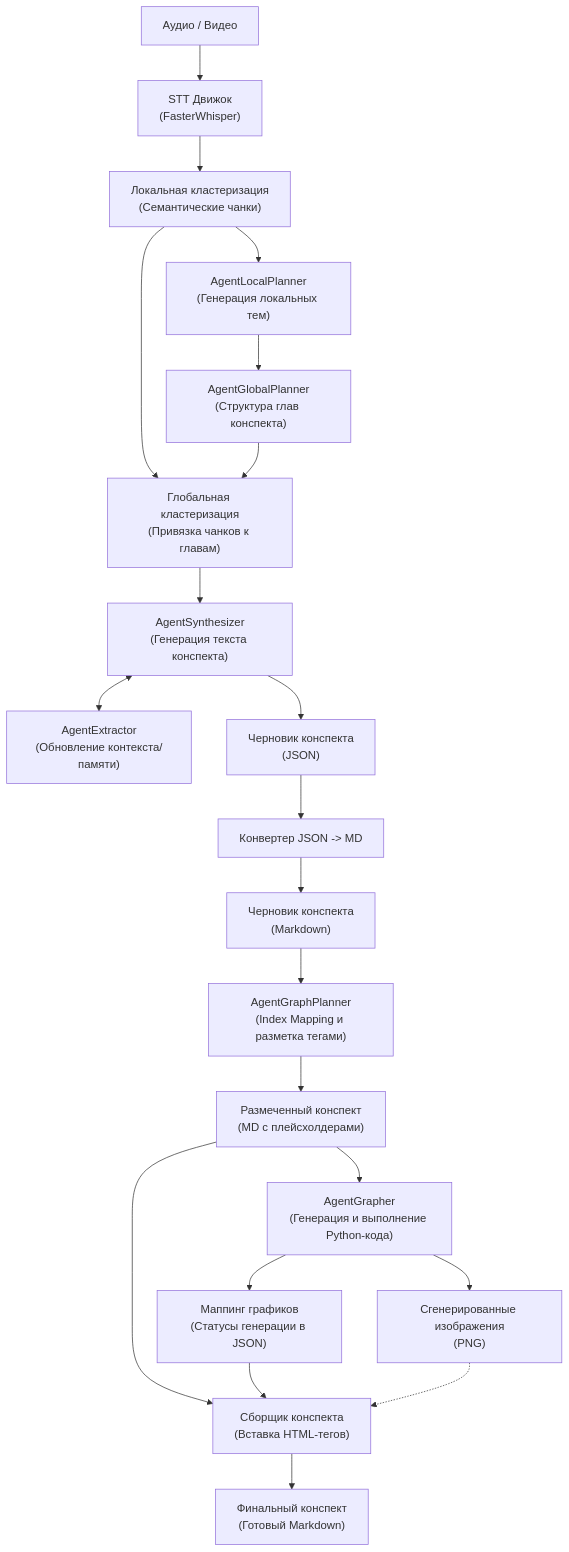
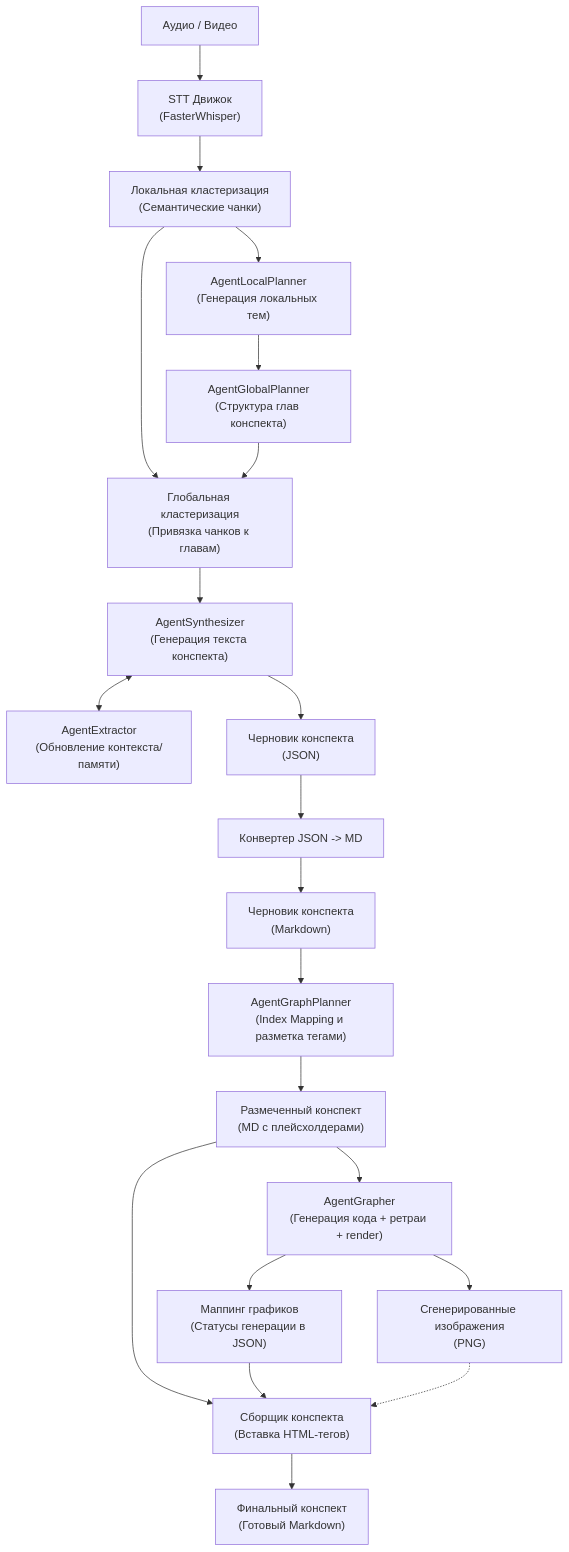
One commit to m4deme1ns4ne/LongConspectWriter changed the diagram in README.ru.md. Above: the diagram before and after it, drawn with Mermaid. The commit also changed other lines of this file and 1 other file, not shown here.

````diff
--- a/README.ru.md
+++ b/README.ru.md
@@ -21,37 +21,37 @@
 ```mermaid
 flowchart TD
     %% Входные данные
     Audio["Аудио / Видео"] --> STT["STT Движок<br/>(FasterWhisper)"]
 
     %% Кластеризация и планирование
     STT --> LCluster["Локальная кластеризация<br/>(Семантические чанки)"]
     LCluster --> LPlanner["AgentLocalPlanner<br/>(Генерация локальных тем)"]
     LPlanner --> GPlanner["AgentGlobalPlanner<br/>(Структура глав конспекта)"]
     
     LCluster --> GCluster["Глобальная кластеризация<br/>(Привязка чанков к главам)"]
     GPlanner --> GCluster
 
     %% Синтез текста
     GCluster --> Synthesizer["AgentSynthesizer<br/>(Генерация текста конспекта)"]
     Synthesizer <--> Extractor["AgentExtractor<br/>(Обновление контекста/памяти)"]
     
     Synthesizer --> DraftJSON["Черновик конспекта<br/>(JSON)"]
     DraftJSON --> Converter["Конвертер JSON -> MD"]
     Converter --> DraftMD["Черновик конспекта<br/>(Markdown)"]
 
     %% Мультиагентный визуализатор
     DraftMD --> GraphPlanner["AgentGraphPlanner<br/>(Index Mapping и разметка тегами)"]
     GraphPlanner --> TaggedMD["Размеченный конспект<br/>(MD с плейсхолдерами)"]
     
-    TaggedMD --> Grapher["AgentGrapher<br/>(Генерация и выполнение Python-кода)"]
+    TaggedMD --> Grapher["AgentGrapher<br/>(Генерация кода + ретраи + render)"]
     
     Grapher --> GraphMap["Маппинг графиков<br/>(Статусы генерации в JSON)"]
     Grapher --> Images["Сгенерированные изображения<br/>(PNG)"]
 
     %% Финальная сборка
     TaggedMD --> Stitcher["Сборщик конспекта<br/>(Вставка HTML-тегов)"]
     GraphMap --> Stitcher
     Images -.-> Stitcher
     
     Stitcher --> FinalMD["Финальный конспект<br/>(Готовый Markdown)"]
 ```
````
